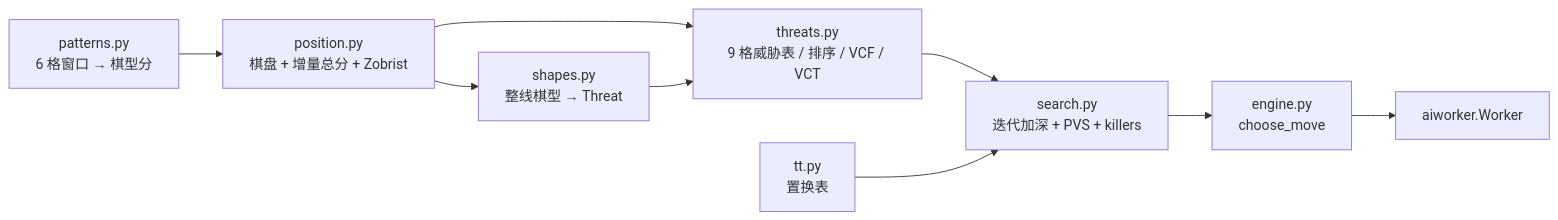
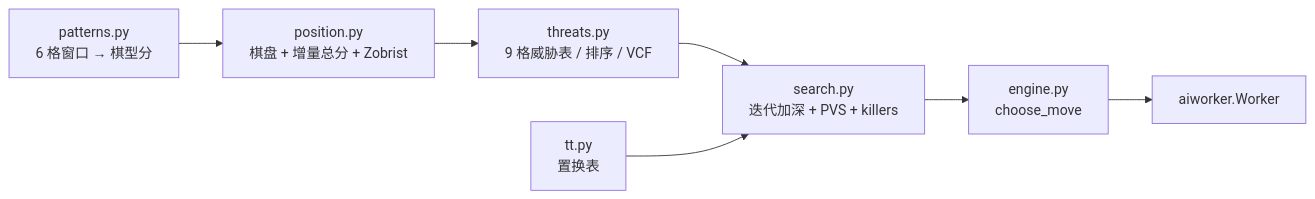
Before and after one commit to qzh200/Gomoku: the diagram in doc/03-classical-engine.md, drawn with Mermaid. The commit also changed other lines of this file and 13 other files, not shown here.

````diff
--- a/doc/03-classical-engine.md
+++ b/doc/03-classical-engine.md
@@ -7,11 +7,9 @@
 ```mermaid
 flowchart LR
   P["patterns.py<br/>6 格窗口 → 棋型分"] --> POS["position.py<br/>棋盘 + 增量总分 + Zobrist"]
-  POS --> SH["shapes.py<br/>整线棋型 → Threat"]
-  POS --> TH["threats.py<br/>9 格威胁表 / 排序 / VCF / VCT"]
+  POS --> TH["threats.py<br/>9 格威胁表 / 排序 / VCF"]
   TH --> S["search.py<br/>迭代加深 + PVS + killers"]
   TT["tt.py<br/>置换表"] --> S
-  SH --> TH
   S --> E["engine.py<br/>choose_move"]
   E --> W["aiworker.Worker"]
 ```
````
